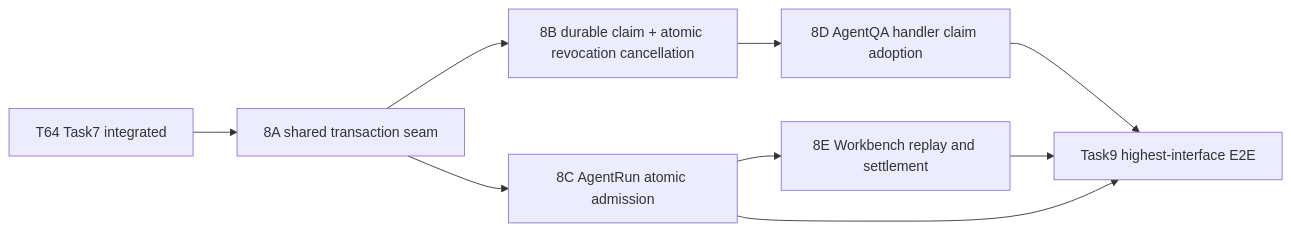
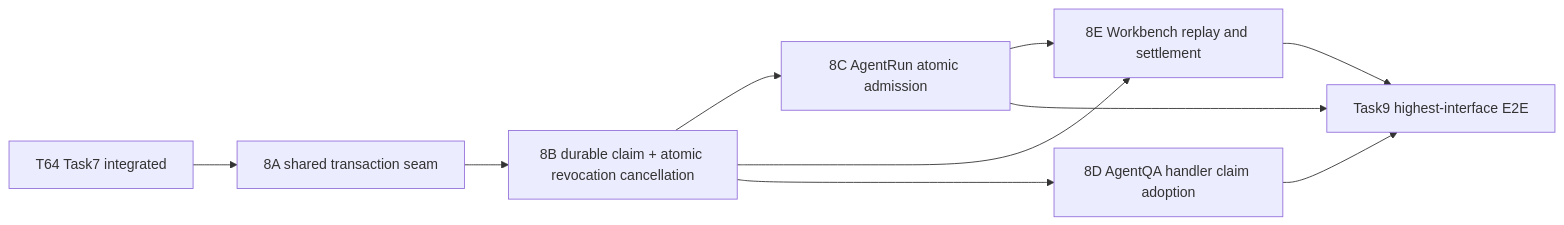
The diagram in docs/plans/issue30-sweep/plans/plan-t64-task8-atomic-admission.md (1123786563/WeKnora-fork01), drawn with Mermaid before and after one commit. The commit also changed other lines of this file and 8 other files, not shown here.

Commit message:
docs(security): finalize T64 Task8 atomic admission plan

````diff
--- a/docs/plans/issue30-sweep/plans/plan-t64-task8-atomic-admission.md
+++ b/docs/plans/issue30-sweep/plans/plan-t64-task8-atomic-admission.md
@@ -213,11 +234,12 @@
 ```mermaid
 graph LR
   T7["T64 Task7 integrated"] --> A["8A shared transaction seam"]
   A --> B["8B durable claim + atomic revocation cancellation"]
-  A --> C["8C AgentRun atomic admission"]
+  B --> C["8C AgentRun atomic admission"]
+  B --> E["8E Workbench replay and settlement"]
   B --> D["8D AgentQA handler claim adoption"]
   C --> E["8E Workbench replay and settlement"]
   C --> T9["Task9 highest-interface E2E"]
   D --> T9
   E --> T9
 ```
````
